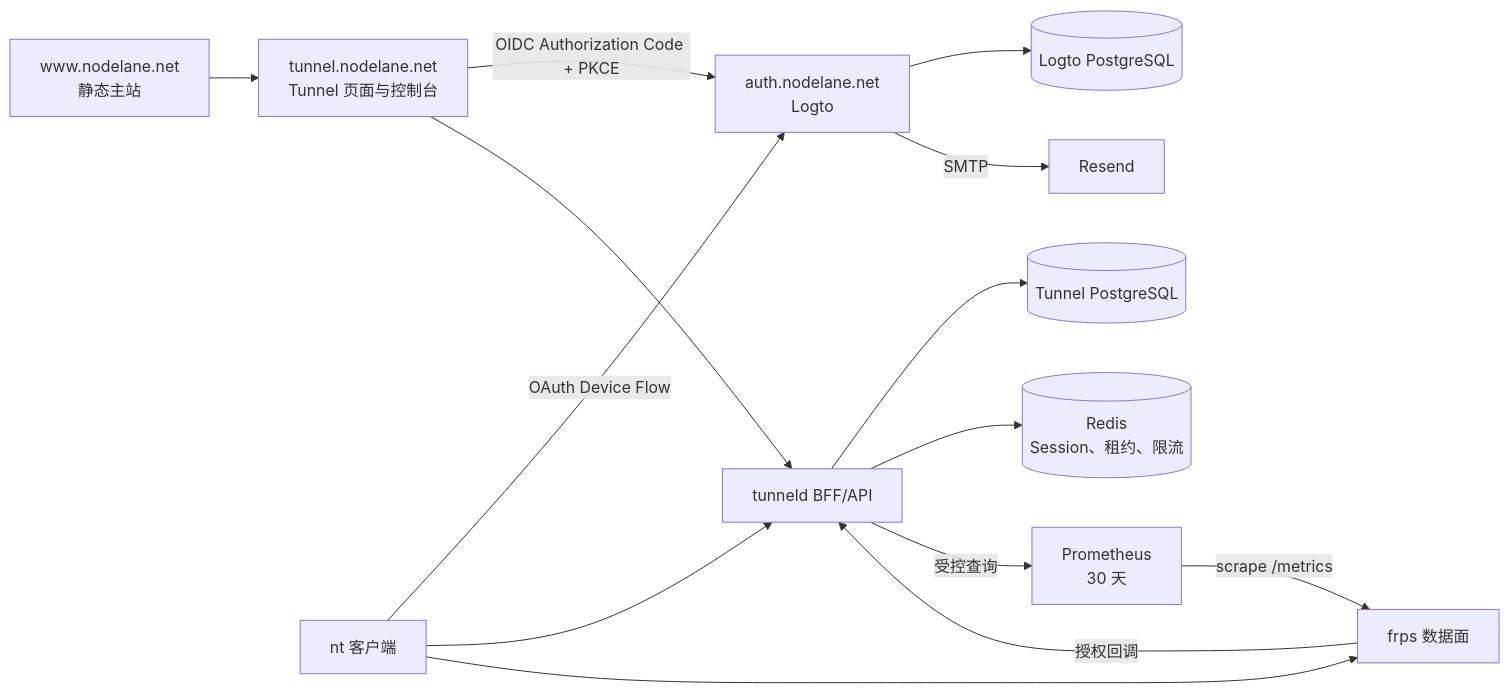
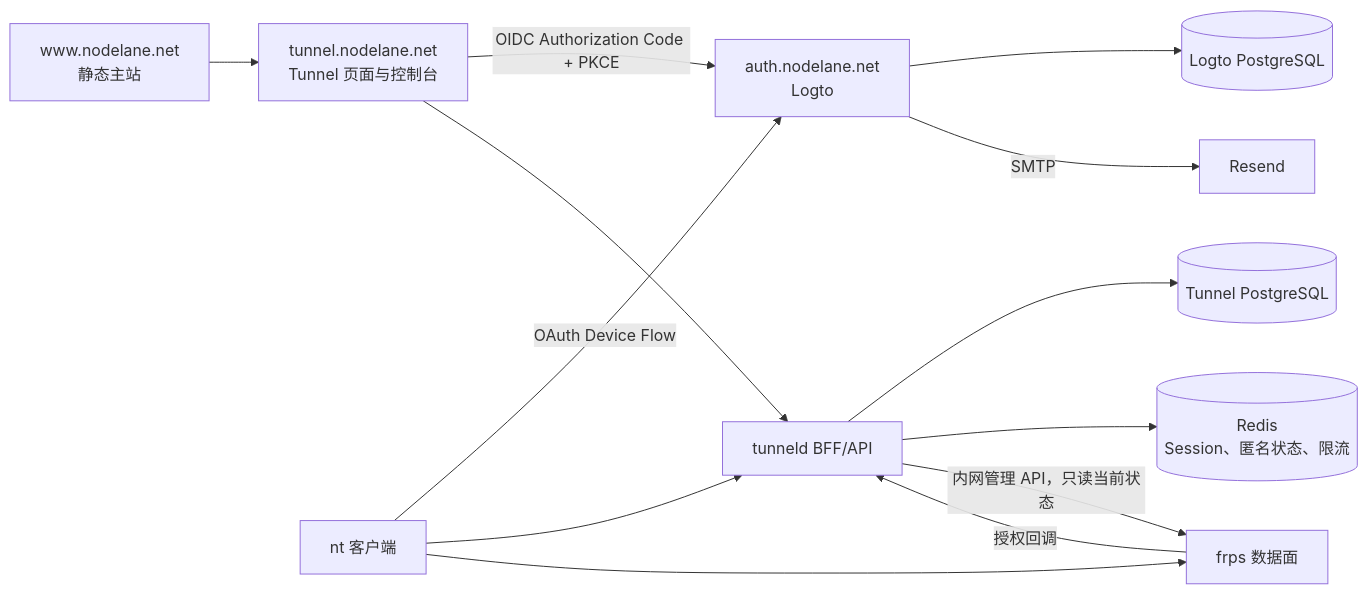
Before and after one commit to Wy2926/nodelane-tunneld: the diagram in docs/superpowers/specs/2026-09-05-nodelane-auth-tunnel-console-design.md, drawn with Mermaid. The commit also changed other lines of this file, not shown here.

Commit message:
docs: align tunnel console scope with native frps

````diff
--- a/docs/superpowers/specs/2026-09-05-nodelane-auth-tunnel-console-design.md
+++ b/docs/superpowers/specs/2026-09-05-nodelane-auth-tunnel-console-design.md
@@ -90,16 +105,15 @@
 ```mermaid
 flowchart LR
     WWW[www.nodelane.net\n静态主站] --> TWEB[tunnel.nodelane.net\nTunnel 页面与控制台]
     TWEB -->|OIDC Authorization Code + PKCE| AUTH[auth.nodelane.net\nLogto]
     NT[nt 客户端] -->|OAuth Device Flow| AUTH
     AUTH --> ADB[(Logto PostgreSQL)]
     AUTH -->|SMTP| RESEND[Resend]
     TWEB --> API[tunneld BFF/API]
     NT --> API
     API --> TDB[(Tunnel PostgreSQL)]
-    API --> REDIS[(Redis\nSession、租约、限流)]
+    API --> REDIS[(Redis\nSession、匿名状态、限流)]
     NT --> FRPS[frps 数据面]
     FRPS -->|授权回调| API
-    PROM[Prometheus\n30 天] -->|scrape /metrics| FRPS
-    API -->|受控查询| PROM
+    API -->|内网管理 API，只读当前状态| FRPS
 ```
````
